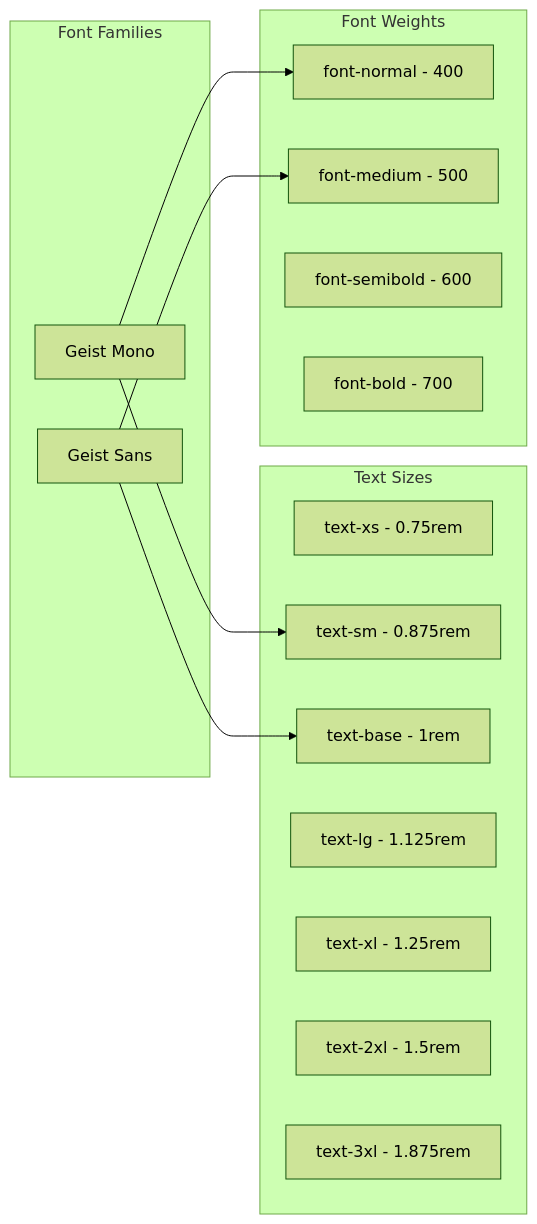
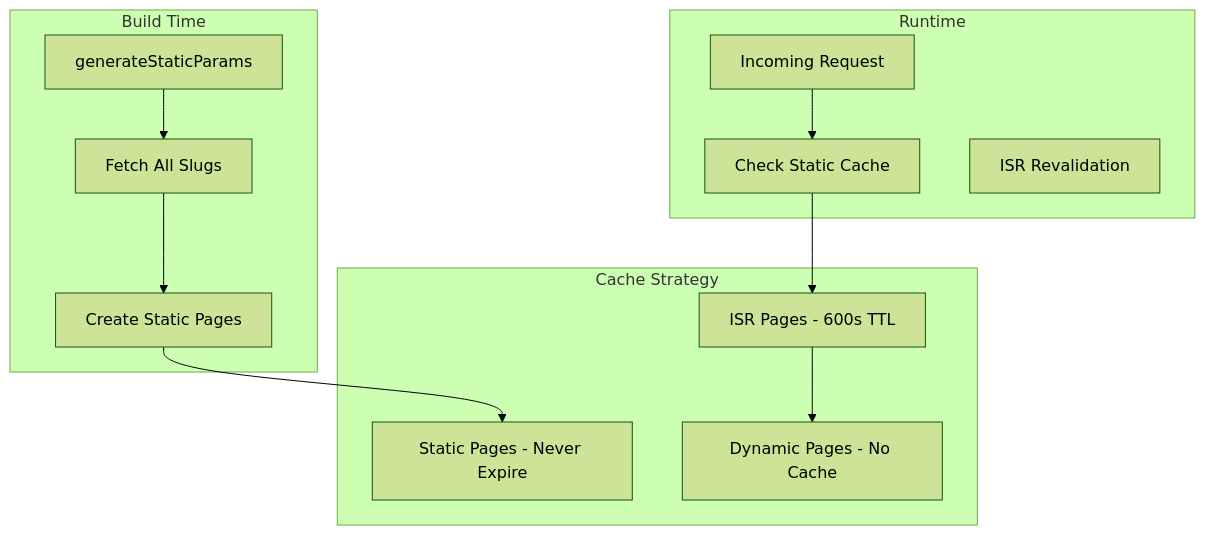
One commit to surya-madhav/portfolio-blog-2025 changed the eighth of 12 diagrams in docs/frontend-architecture.md. Above: the diagram before and after it, drawn with Mermaid (forest theme). The commit also changed other lines of this file and 33 other files, not shown here.

Commit message:
Add utility for base URL retrieval, enhance theme selector type safety, and implement revalidation for header and footer

````diff
--- a/docs/frontend-architecture.md
+++ b/docs/frontend-architecture.md
@@ -242,29 +563,28 @@
 ```mermaid
-graph LR
-    subgraph "Font Families"
-        Sans[Geist Sans]
-        Mono[Geist Mono]
+graph TD
+    subgraph "Build Time"
+        Generate[generateStaticParams]
+        Fetch[Fetch All Slugs]
+        Create[Create Static Pages]
     end
     
-    subgraph "Text Sizes"
-        XS[text-xs - 0.75rem]
-        SM[text-sm - 0.875rem]
-        Base[text-base - 1rem]
-        LG[text-lg - 1.125rem]
-        XL[text-xl - 1.25rem]
-        XXL[text-2xl - 1.5rem]
-        XXXL[text-3xl - 1.875rem]
+    subgraph "Runtime"
+        Request[Incoming Request]
+        Cache[Check Static Cache]
+        Revalidate[ISR Revalidation]
     end
     
-    subgraph "Font Weights"
-        Normal[font-normal - 400]
-        Medium[font-medium - 500]
-        Semibold[font-semibold - 600]
-        Bold[font-bold - 700]
+    subgraph "Cache Strategy"
+        Static[Static Pages - Never Expire]
+        ISR[ISR Pages - 600s TTL]
+        Dynamic[Dynamic Pages - No Cache]
     end
     
-    Sans --> Base
-    Sans --> Medium
-    Mono --> SM
-    Mono --> Normal
+    Generate --> Fetch
+    Fetch --> Create
+    Create --> Static
+    
+    Request --> Cache
+    Cache --> ISR
+    ISR --> Dynamic
 ```
````
